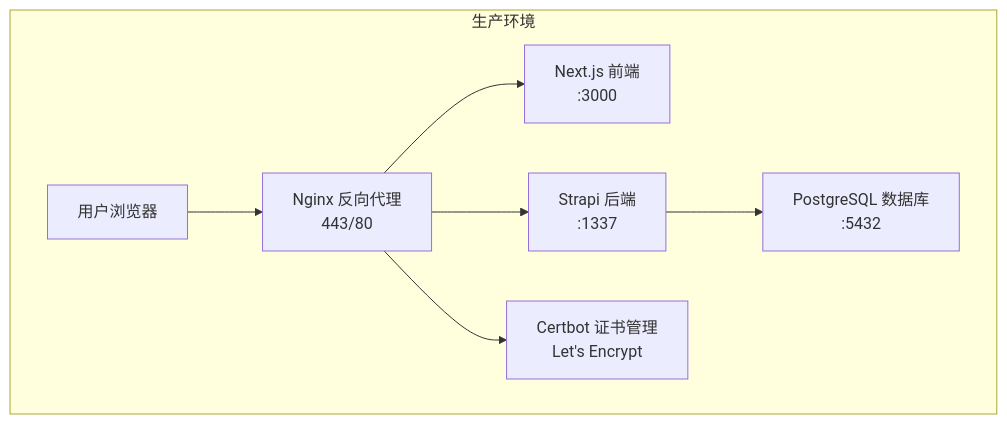
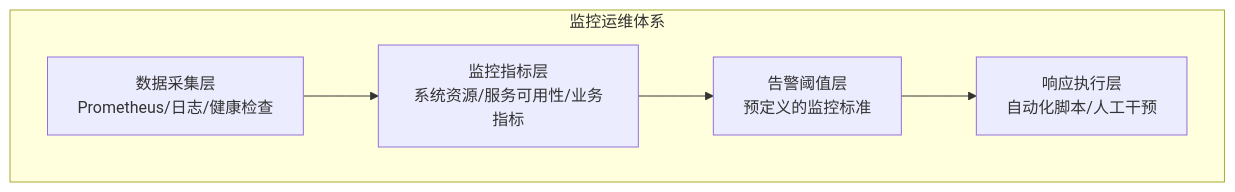
One commit to Will0253/zczk changed the first of 7 diagrams in .qoder/repowiki/zh/content/部署和运维/监控运维/监控运维.md. Above: the diagram before and after it, drawn with Mermaid. The commit also changed other lines of this file and 13 other files, not shown here.

````diff
--- a/.qoder/repowiki/zh/content/部署和运维/监控运维/监控运维.md
+++ b/.qoder/repowiki/zh/content/部署和运维/监控运维/监控运维.md
@@ -53,16 +52,12 @@
 ```mermaid
 graph TB
-subgraph "生产环境"
-U["用户浏览器"]
-NGINX["Nginx 反向代理<br/>443/80"]
-PG["PostgreSQL 数据库<br/>:5432"]
-BE["Strapi 后端<br/>:1337"]
-FE["Next.js 前端<br/>:3000"]
-CERT["Certbot 证书管理<br/>Let's Encrypt"]
+subgraph "监控运维体系"
+A["监控指标层<br/>系统资源/服务可用性/业务指标"]
+B["告警阈值层<br/>预定义的监控标准"]
+C["响应执行层<br/>自动化脚本/人工干预"]
+D["数据采集层<br/>Prometheus/日志/健康检查"]
 end
-U --> NGINX
-NGINX --> FE
-NGINX --> BE
-BE --> PG
-NGINX --> CERT
+A --> B
+B --> C
+D --> A
 ```
````
